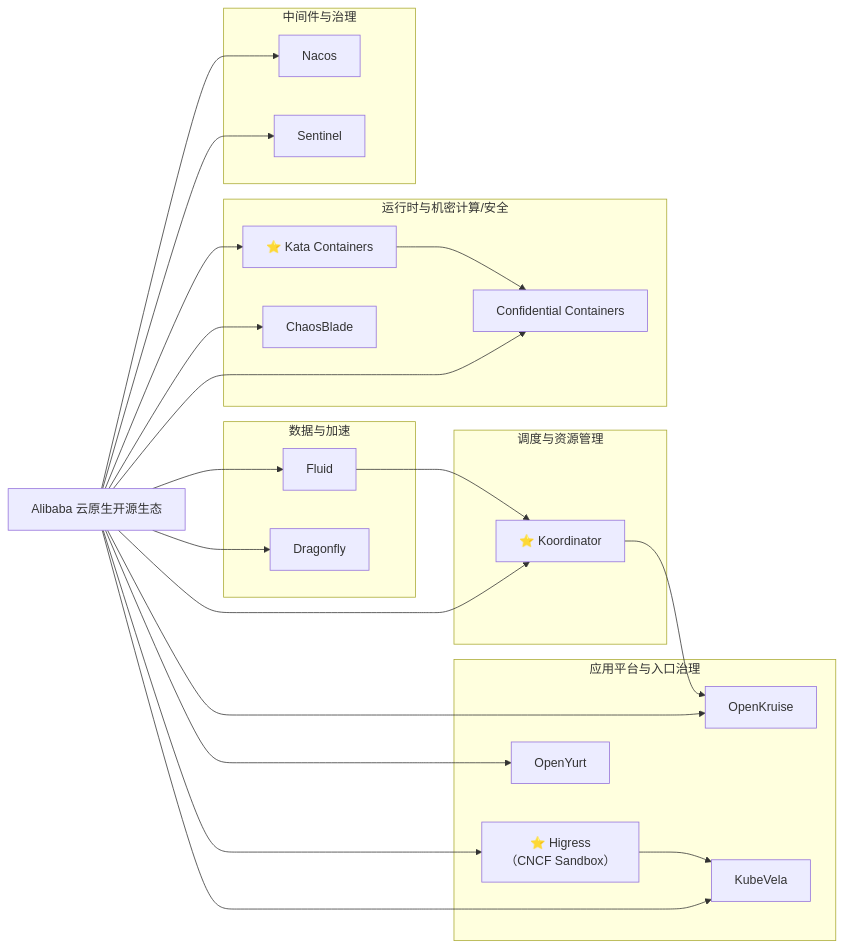
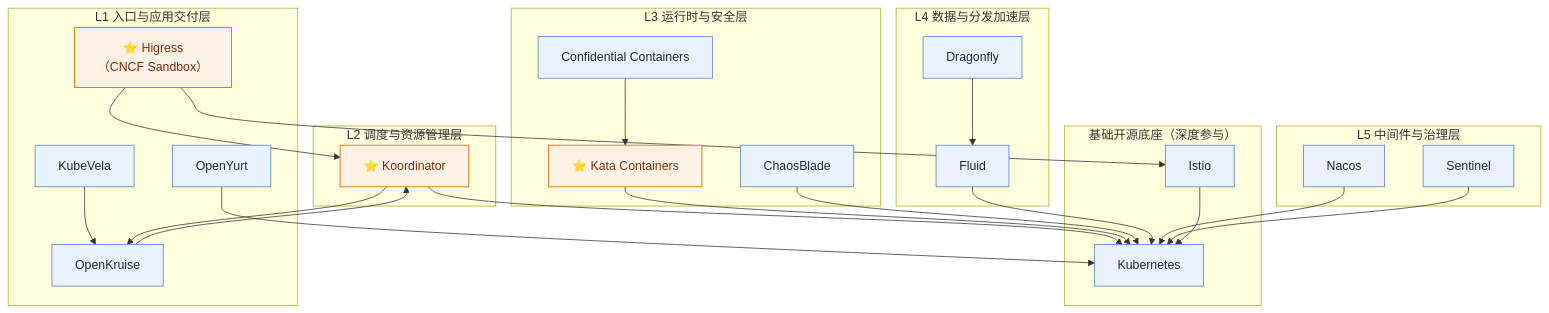
The diagram in case-study/alibaba.md (pacoxu/AI-Infra), drawn with Mermaid before and after one commit. The commit also changed other lines of this file, not shown here.

Commit message:
docs(case-study): refactor alibaba diagram into architecture layers

````diff
--- a/case-study/alibaba.md
+++ b/case-study/alibaba.md
@@ -10,49 +10,56 @@
 ```mermaid
-flowchart LR
-  ALI["Alibaba 云原生开源生态"]
-
-  subgraph APP["应用平台与入口治理"]
+flowchart TB
+  subgraph L1["L1 入口与应用交付层"]
     HIG["⭐ Higress<br/>（CNCF Sandbox）"]
+    KVL["KubeVela"]
     OKR["OpenKruise"]
-    KVL["KubeVela"]
     OY["OpenYurt"]
   end
 
-  subgraph SCH["调度与资源管理"]
+  subgraph L2["L2 调度与资源管理层"]
     KRD["⭐ Koordinator"]
   end
 
-  subgraph RTSEC["运行时与机密计算/安全"]
+  subgraph L3["L3 运行时与安全层"]
     KATA["⭐ Kata Containers"]
     COC["Confidential Containers"]
     CB["ChaosBlade"]
   end
 
-  subgraph DATA["数据与加速"]
+  subgraph L4["L4 数据与分发加速层"]
     FLUID["Fluid"]
     DFLY["Dragonfly"]
   end
 
-  subgraph MIDDLE["中间件与治理"]
+  subgraph L5["L5 中间件与治理层"]
     NACOS["Nacos"]
     SENT["Sentinel"]
   end
 
-  ALI --> HIG
-  ALI --> OKR
-  ALI --> KVL
-  ALI --> OY
-  ALI --> KRD
-  ALI --> KATA
-  ALI --> COC
-  ALI --> CB
-  ALI --> FLUID
-  ALI --> DFLY
-  ALI --> NACOS
-  ALI --> SENT
+  subgraph BASE["基础开源底座（深度参与）"]
+    K8S["Kubernetes"]
+    ISTIO["Istio"]
+  end
 
+  HIG --> KRD
+  KVL --> OKR
+  OKR --> KRD
+  OY --> K8S
   KRD --> OKR
-  KATA --> COC
-  HIG --> KVL
-  FLUID --> KRD
+  KRD --> K8S
+  KATA --> K8S
+  COC --> KATA
+  CB --> K8S
+  FLUID --> K8S
+  DFLY --> FLUID
+  NACOS --> K8S
+  SENT --> K8S
+  HIG --> ISTIO
+  ISTIO --> K8S
+
+  classDef star fill:#fff2e6,stroke:#d97706,color:#7c2d12,stroke-width:1.2px;
+  classDef normal fill:#eaf2ff,stroke:#4f81bd,color:#1b2a41,stroke-width:1px;
+
+  class HIG,KRD,KATA star;
+  class KVL,OKR,OY,COC,CB,FLUID,DFLY,NACOS,SENT,K8S,ISTIO normal;
 ```
````
